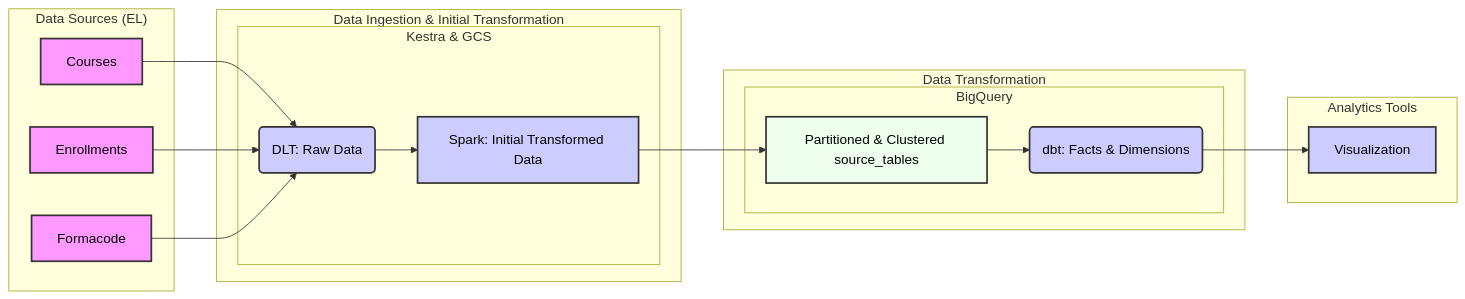
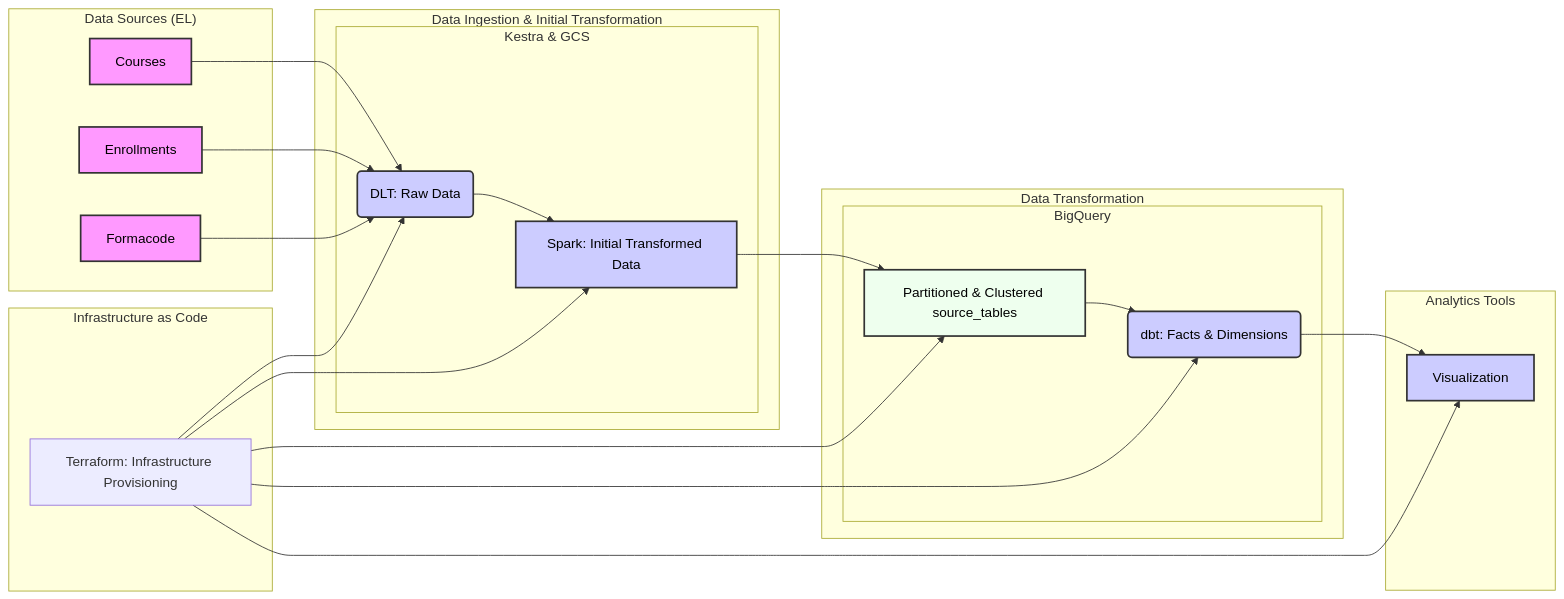
Before and after one commit to jugnuarora/DataTalks-de-zoomcamp-project: the diagram in README.md, drawn with Mermaid.

Commit message:
IaC implementation

````diff
--- a/README.md
+++ b/README.md
@@ -46,37 +46,46 @@
 ```mermaid
 graph LR
     subgraph "Data Sources (EL)"
         A[Courses]
         B[Enrollments]
         C[Formacode]
     end
 
     subgraph "Data Ingestion & Initial Transformation"
         subgraph "Kestra & GCS"
             A --> D(DLT: Raw Data)
             B --> D
             C --> D
             D --> E[Spark: Initial Transformed Data]
         end
     end
 
     subgraph "Data Transformation"
         subgraph "BigQuery"
             E --> F[Partitioned & Clustered source_tables]
             F --> G(dbt: Facts & Dimensions)
         end
     end
 
     subgraph "Analytics Tools"
         G --> H[Visualization]
     end
 
+    subgraph "Infrastructure as Code"
+        I[Terraform: Infrastructure Provisioning]
+        I --> D
+        I --> E
+        I --> F
+        I --> G
+        I --> H
+    end
+
     style A fill:#f9f,stroke:#333,stroke-width:2px,color:#000;
     style B fill:#f9f,stroke:#333,stroke-width:2px,color:#000;
     style C fill:#f9f,stroke:#333,stroke-width:2px,color:#000;
     style D fill:#ccf,stroke:#333,stroke-width:2px,color:#000;
     style E fill:#ccf,stroke:#333,stroke-width:2px,color:#000;
     style F fill:#efe,stroke:#333,stroke-width:2px,color:#000;
     style G fill:#ccf,stroke:#333,stroke-width:2px,color:#000;
     style H fill:#ccf,stroke:#333,stroke-width:2px,color:#000;
 ```
````
